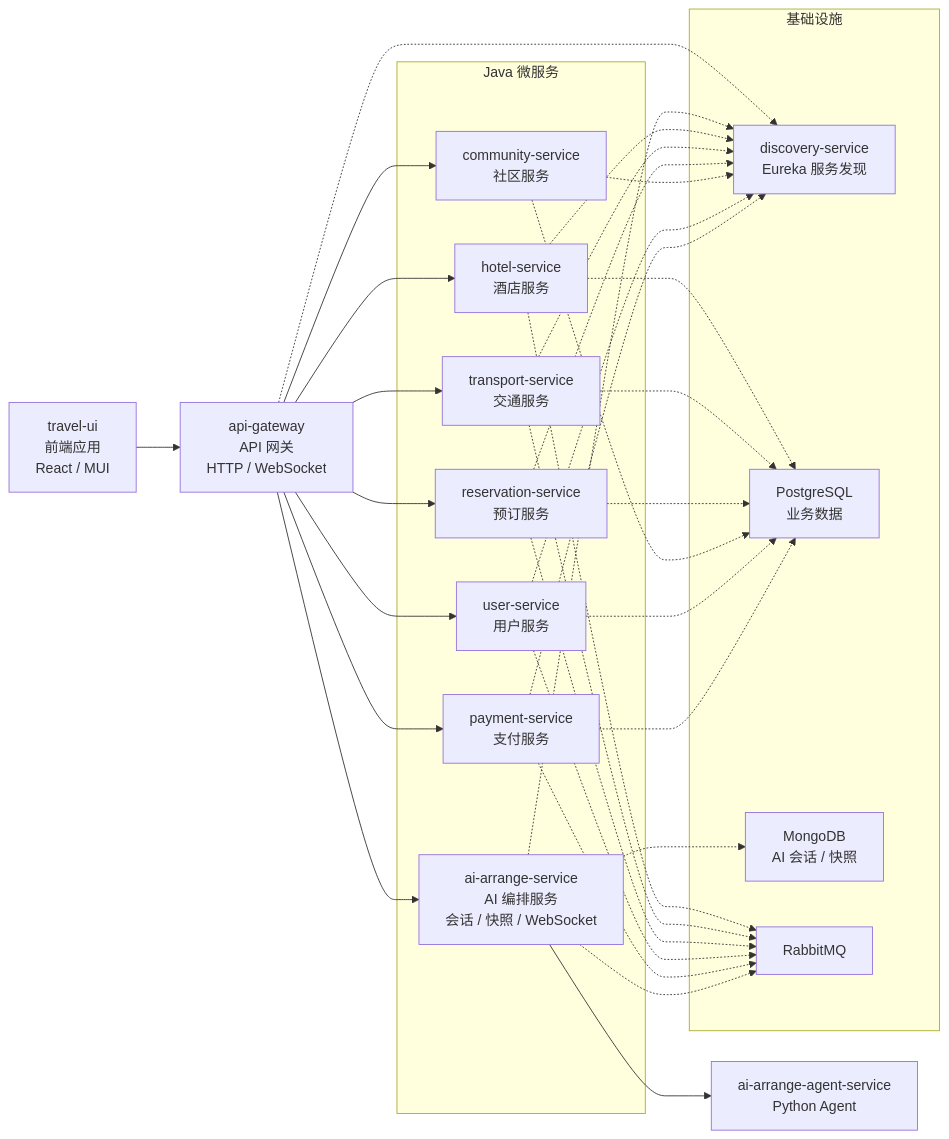
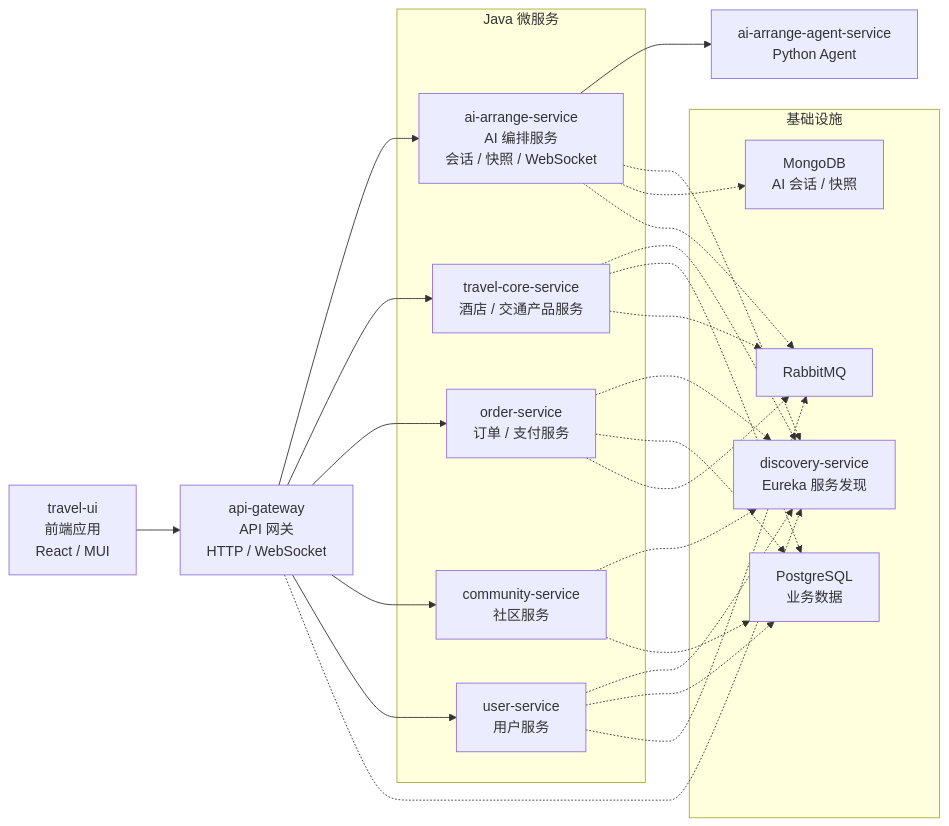
The diagram in README.md (QzlabQ/TravelOn), drawn with Mermaid before and after one commit. The commit also changed other lines of this file and 205 other files, not shown here.

Commit message:
refactor: merge hotel and transport into travel core service

````diff
--- a/README.md
+++ b/README.md
@@ -54,58 +54,48 @@
 ```mermaid
 flowchart LR
     ui["travel-ui<br/>前端应用<br/>React / MUI"]
     gateway["api-gateway<br/>API 网关<br/>HTTP / WebSocket"]
 
     subgraph services["Java 微服务"]
         ai["ai-arrange-service<br/>AI 编排服务<br/>会话 / 快照 / WebSocket"]
-        hotel["hotel-service<br/>酒店服务"]
-        transport["transport-service<br/>交通服务"]
-        reservation["reservation-service<br/>预订服务"]
+        travelCore["travel-core-service<br/>酒店 / 交通产品服务"]
+        order["order-service<br/>订单 / 支付服务"]
         community["community-service<br/>社区服务"]
         user["user-service<br/>用户服务"]
-        payment["payment-service<br/>支付服务"]
     end
 
     agent["ai-arrange-agent-service<br/>Python Agent"]
 
     subgraph infrastructure["基础设施"]
         eureka["discovery-service<br/>Eureka 服务发现"]
         postgres["PostgreSQL<br/>业务数据"]
         mongo["MongoDB<br/>AI 会话 / 快照"]
         rabbit["RabbitMQ"]
     end
 
     ui --> gateway
     gateway --> ai
-    gateway --> hotel
-    gateway --> transport
-    gateway --> reservation
+    gateway --> travelCore
+    gateway --> order
     gateway --> community
     gateway --> user
-    gateway --> payment
     ai --> agent
 
     gateway -.-> eureka
     ai -.-> eureka
-    hotel -.-> eureka
-    transport -.-> eureka
-    reservation -.-> eureka
+    travelCore -.-> eureka
+    order -.-> eureka
     community -.-> eureka
     user -.-> eureka
-    payment -.-> eureka
 
     ai -.-> mongo
-    hotel -.-> postgres
-    transport -.-> postgres
-    reservation -.-> postgres
+    travelCore -.-> postgres
+    order -.-> postgres
     community -.-> postgres
     user -.-> postgres
-    payment -.-> postgres
 
-    hotel -.-> rabbit
-    transport -.-> rabbit
-    reservation -.-> rabbit
+    travelCore -.-> rabbit
+    order -.-> rabbit
     user -.-> rabbit
-    payment -.-> rabbit
     ai -.-> rabbit
 ```
````
